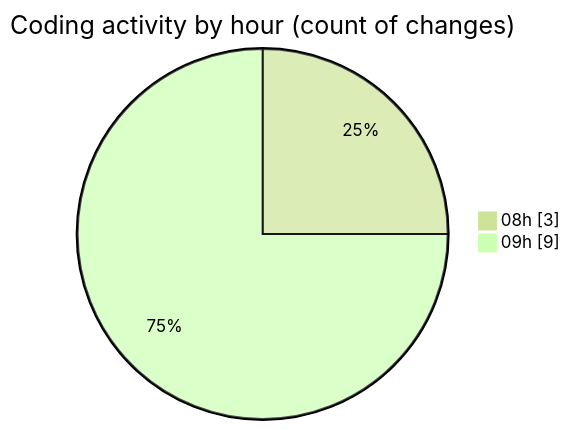
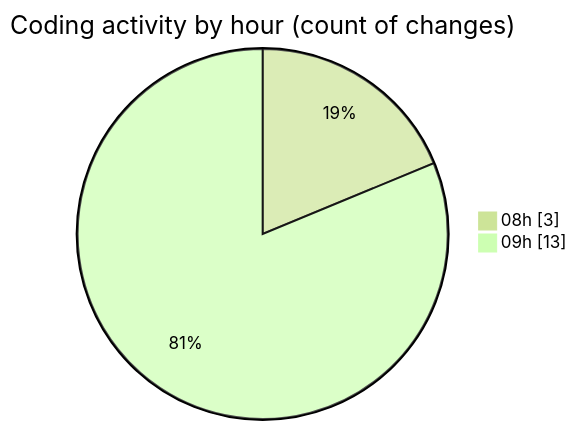
One commit to Unknowalive/code-tracking changed the second of 2 diagrams in 2026-09-03/web_tec_2026/README.md. Above: the diagram before and after it, drawn with Mermaid (forest theme). The commit also changed other lines of this file and 1 other file, not shown here.

````diff
--- a/2026-09-03/web_tec_2026/README.md
+++ b/2026-09-03/web_tec_2026/README.md
@@ -36,6 +40,6 @@
 ```mermaid
 pie showData
 title Coding activity by hour (count of changes)
 "08h" : 3
-"09h" : 9
+"09h" : 13
 ```
````
